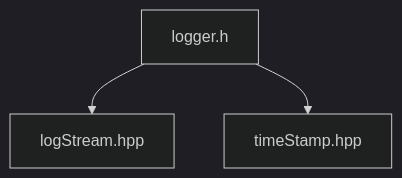
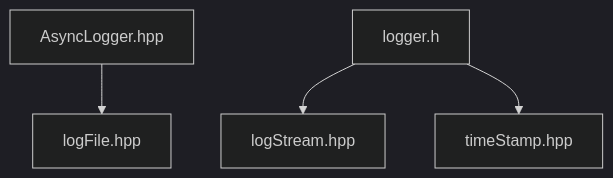
Before and after one commit to rainboyOJ/new_rojcpp: the second of 3 diagrams in docs/logger/readme.md, drawn with Mermaid (dark theme). The commit also changed other lines of this file, not shown here.

````diff
--- a/docs/logger/readme.md
+++ b/docs/logger/readme.md
@@ -32,4 +33,5 @@
 ```mermaid
 flowchart TB
+    AsyncLogger.hpp --> logFile.hpp
     logger.h --> logStream.hpp & timeStamp.hpp
 ```
````
